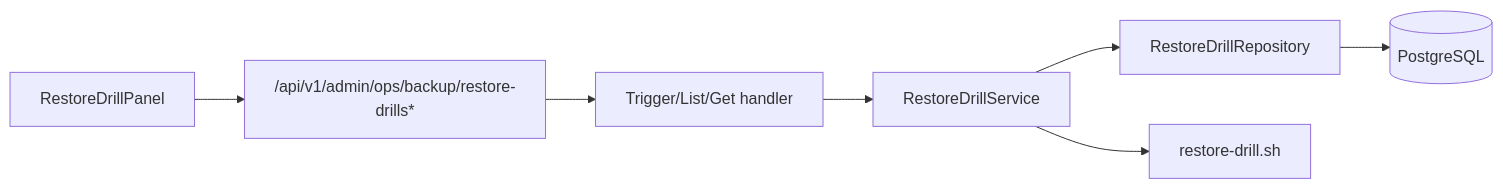
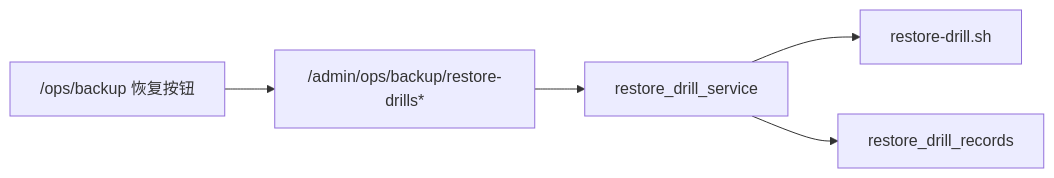
The first of 3 diagrams in docs/guides/deploy/027-monitor-center/usecase-us3-restore-drill.md (ArtisanCloud/PowerX), drawn with Mermaid before and after one commit. The commit also changed other lines of this file and 32 other files, not shown here.

````diff
--- a/docs/guides/deploy/027-monitor-center/usecase-us3-restore-drill.md
+++ b/docs/guides/deploy/027-monitor-center/usecase-us3-restore-drill.md
@@ -13,6 +23,7 @@
 ```mermaid
 flowchart LR
-  UI["RestoreDrillPanel"] --> API["/api/v1/admin/ops/backup/restore-drills*"]
-  API --> H["Trigger/List/Get handler"] --> S["RestoreDrillService"] --> R["RestoreDrillRepository"] --> DB[(PostgreSQL)]
-  S --> SCRIPT["restore-drill.sh"]
+  UI["/ops/backup 恢复按钮"] --> API["/admin/ops/backup/restore-drills*"]
+  API --> SVC["restore_drill_service"]
+  SVC --> SCRIPT["restore-drill.sh"]
+  SVC --> DB["restore_drill_records"]
 ```
````
